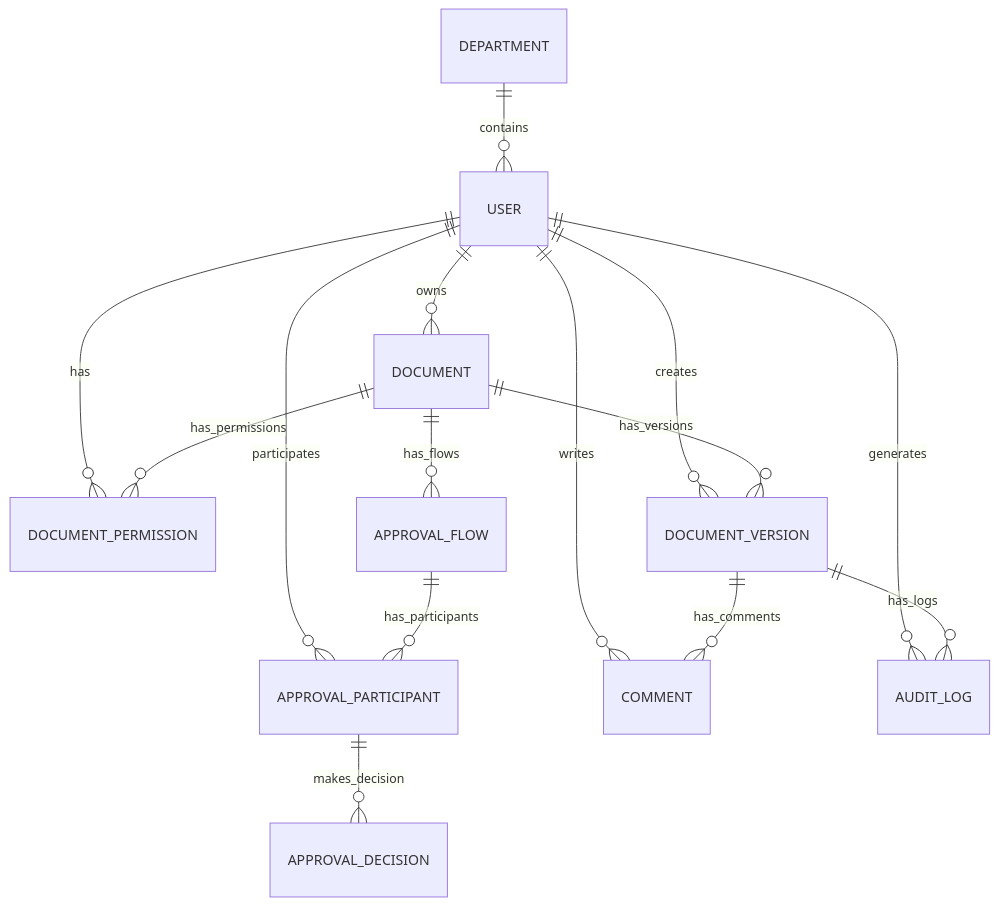
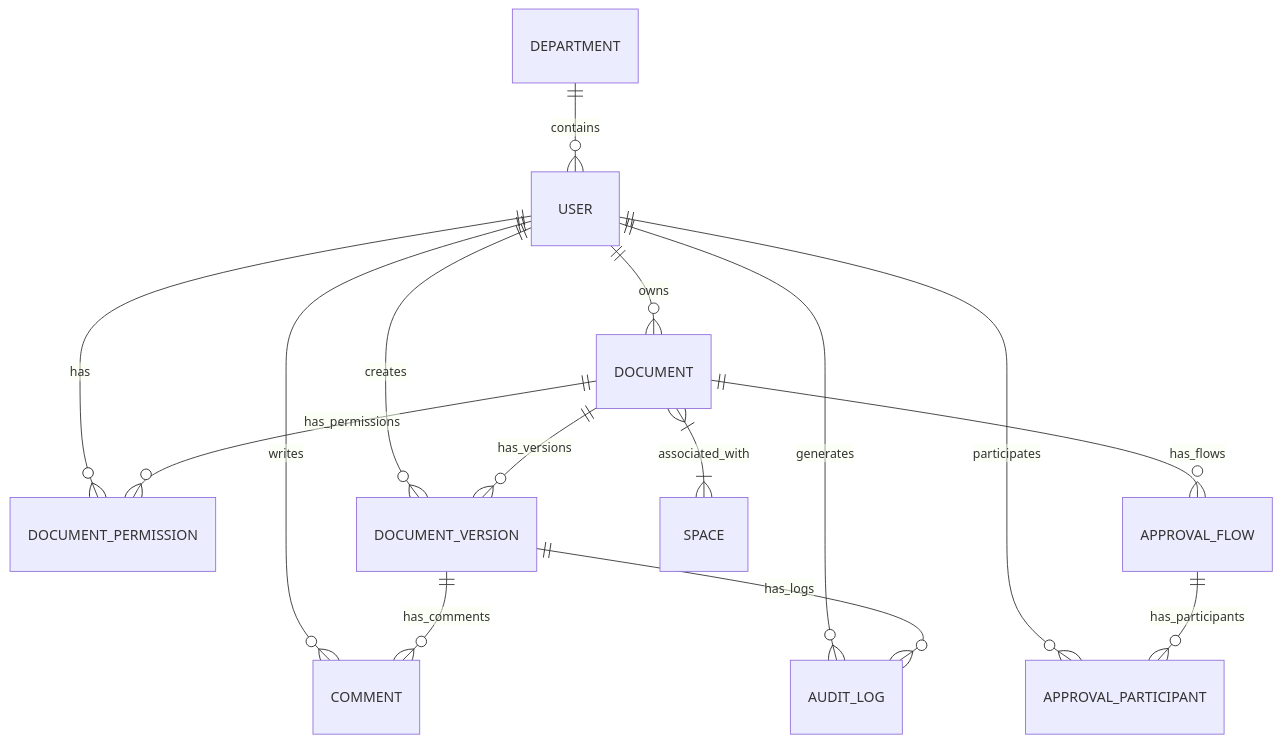
Before and after one commit to 13538009762/EDMSV1: the second of 2 diagrams in sources/docs/technical-documentation/technical-documentation.zh-CN.md, drawn with Mermaid. The commit also changed other lines of this file and 5 other files, not shown here.

````diff
--- a/sources/docs/technical-documentation/technical-documentation.zh-CN.md
+++ b/sources/docs/technical-documentation/technical-documentation.zh-CN.md
@@ -84,17 +74,17 @@
 ```mermaid
 erDiagram
     USER ||--o{ DOCUMENT : owns
     USER ||--o{ DOCUMENT_PERMISSION : has
     USER ||--o{ DOCUMENT_VERSION : creates
     USER ||--o{ APPROVAL_PARTICIPANT : participates
     USER ||--o{ COMMENT : writes
     USER ||--o{ AUDIT_LOG : generates
     DEPARTMENT ||--o{ USER : contains
     DOCUMENT ||--o{ DOCUMENT_VERSION : has_versions
     DOCUMENT ||--o{ DOCUMENT_PERMISSION : has_permissions
     DOCUMENT ||--o{ APPROVAL_FLOW : has_flows
+    DOCUMENT }|--|{ SPACE : associated_with
     DOCUMENT_VERSION ||--o{ COMMENT : has_comments
     DOCUMENT_VERSION ||--o{ AUDIT_LOG : has_logs
     APPROVAL_FLOW ||--o{ APPROVAL_PARTICIPANT : has_participants
-    APPROVAL_PARTICIPANT ||--o{ APPROVAL_DECISION : makes_decision
 ```
````
